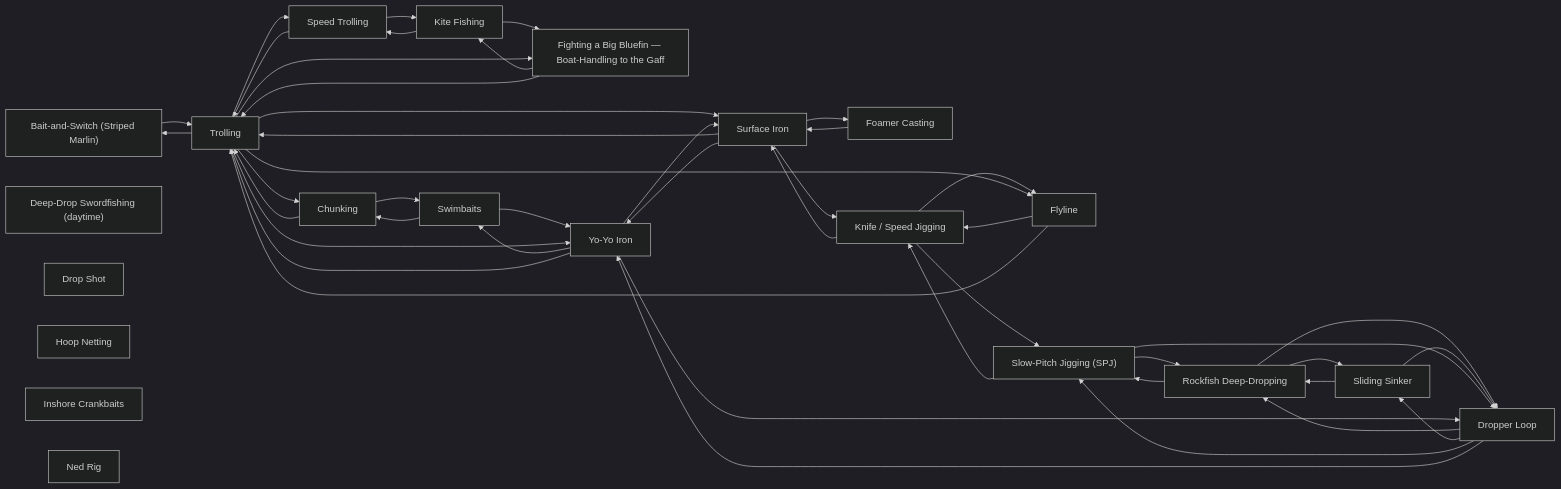
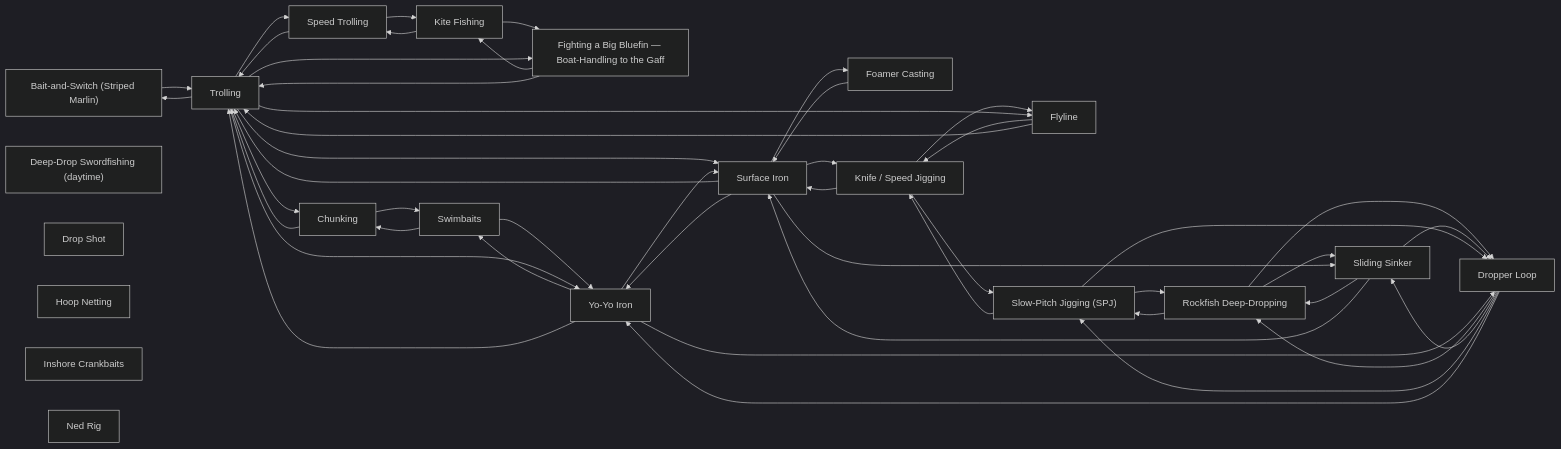
Before and after one commit to camchuckpete-max/Socal-Fishing-Knowledge: the diagram in techniques/README.md, drawn with Mermaid (dark theme). The commit also changed 8 other files, not shown here.

````diff
--- a/techniques/README.md
+++ b/techniques/README.md
@@ -34,68 +34,70 @@
 ```mermaid
 graph LR
   n0["Bait-and-Switch (Striped Marlin)"]
   n1["Chunking"]
   n2["Deep-Drop Swordfishing (daytime)"]
   n3["Drop Shot"]
   n4["Dropper Loop"]
   n5["Fighting a Big Bluefin — Boat-Handling to the Gaff"]
   n6["Flyline"]
   n7["Foamer Casting"]
   n8["Hoop Netting"]
   n9["Inshore Crankbaits"]
   n10["Kite Fishing"]
   n11["Knife / Speed Jigging"]
   n12["Ned Rig"]
   n13["Rockfish Deep-Dropping"]
   n14["Sliding Sinker"]
   n15["Slow-Pitch Jigging (SPJ)"]
   n16["Speed Trolling"]
   n17["Surface Iron"]
   n18["Swimbaits"]
   n19["Trolling"]
   n20["Yo-Yo Iron"]
   n0 --> n19
   n1 --> n18
   n1 --> n19
   n10 --> n16
   n10 --> n5
   n11 --> n15
   n11 --> n17
   n11 --> n6
   n13 --> n14
   n13 --> n15
   n13 --> n4
   n14 --> n13
+  n14 --> n17
   n14 --> n4
   n15 --> n11
   n15 --> n13
   n15 --> n4
   n16 --> n10
   n16 --> n19
   n17 --> n11
+  n17 --> n14
   n17 --> n19
   n17 --> n20
   n17 --> n7
   n18 --> n1
   n18 --> n20
   n19 --> n0
   n19 --> n1
   n19 --> n16
   n19 --> n17
   n19 --> n20
   n19 --> n5
   n19 --> n6
   n20 --> n17
   n20 --> n18
   n20 --> n19
   n20 --> n4
   n4 --> n13
   n4 --> n14
   n4 --> n15
   n4 --> n20
   n5 --> n10
   n5 --> n19
   n6 --> n11
   n6 --> n19
   n7 --> n17
 ```
````
